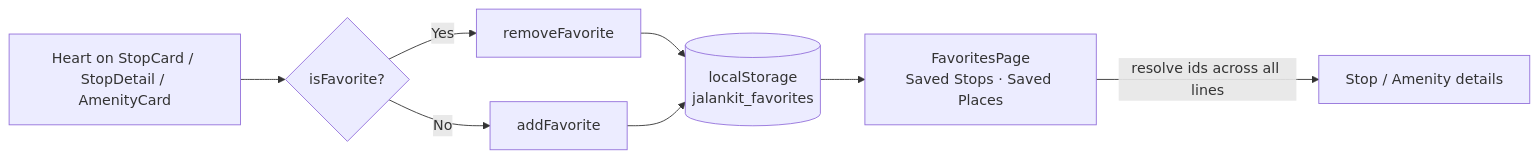
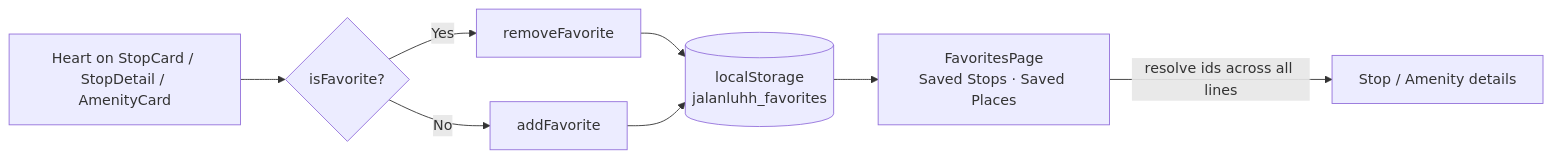
One commit to snsyaqirah/snsyaqirah.github.io changed diagram 11 of 12 in portfolio-react/public/docs/jalanluhh.md. Above: the diagram before and after it, drawn with Mermaid. The commit also changed other lines of this file and 8 other files, not shown here.

````diff
--- a/portfolio-react/public/docs/jalanluhh.md
+++ b/portfolio-react/public/docs/jalanluhh.md
@@ -418,10 +421,10 @@
 ```mermaid
 flowchart LR
     A[Heart on StopCard / StopDetail / AmenityCard] --> B{isFavorite?}
     B -->|Yes| C[removeFavorite]
     B -->|No| D[addFavorite]
-    C --> E[(localStorage<br/>jalankit_favorites)]
+    C --> E[(localStorage<br/>jalanluhh_favorites)]
     D --> E
     E --> F[FavoritesPage<br/>Saved Stops · Saved Places]
     F -->|resolve ids across all lines| G[Stop / Amenity details]
 ```
````
